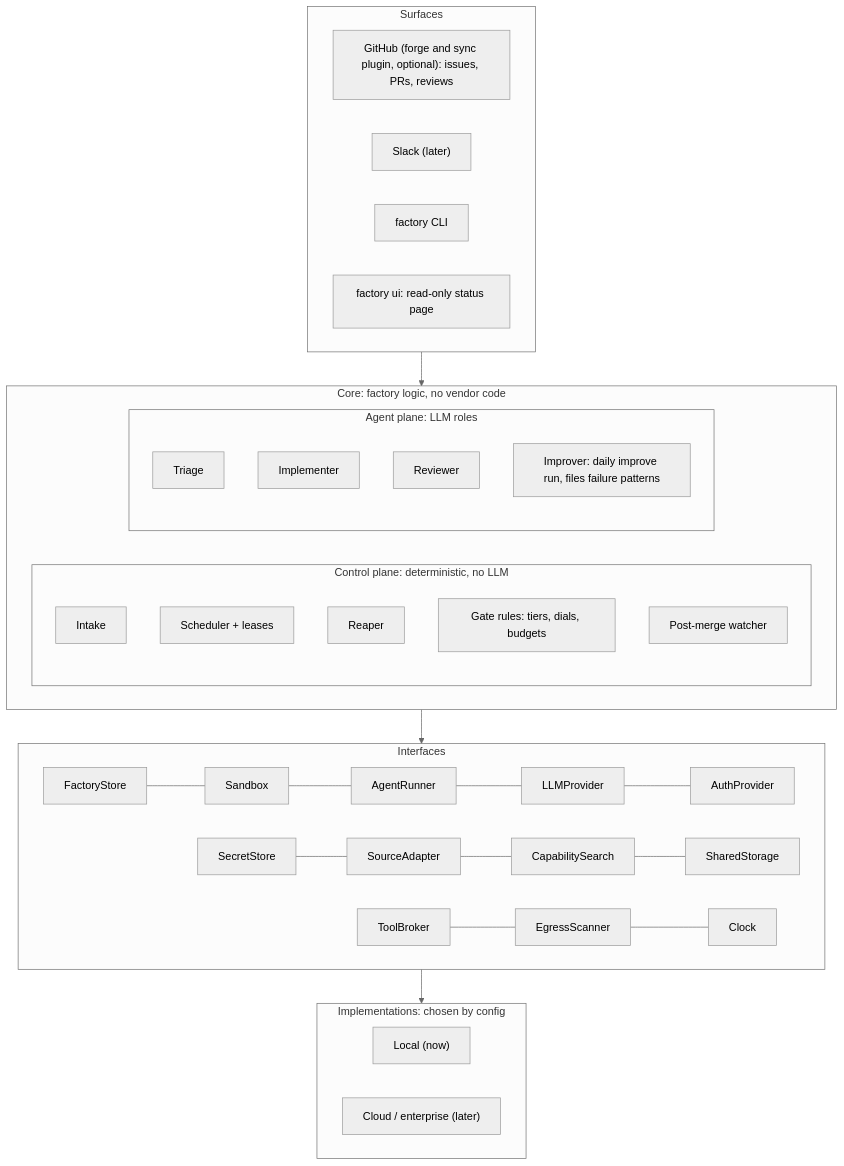
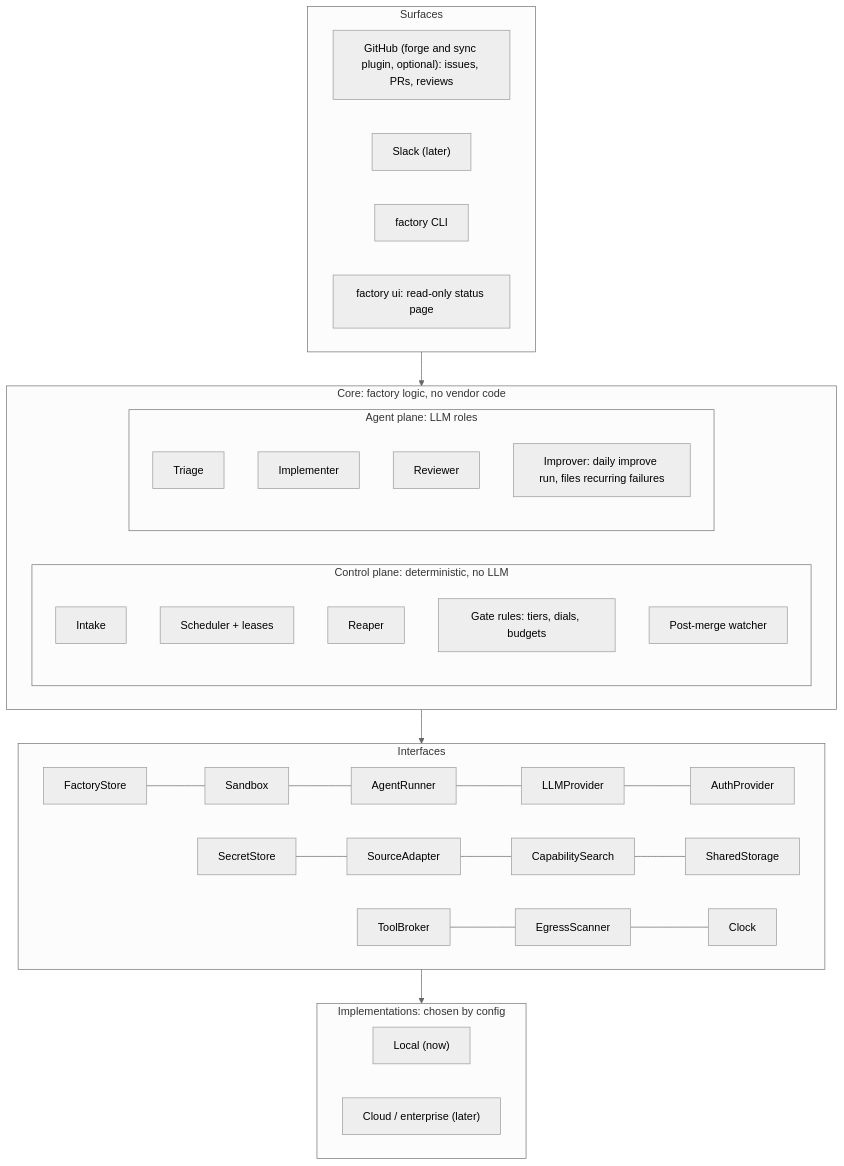
One commit to seonWKim/software-factory changed the first of 6 diagrams in docs/architecture.md. Above: the diagram before and after it, drawn with Mermaid (neutral theme).

Commit message:
Docs: keep the architecture box wording off the egress-scanner query

````diff
--- a/docs/architecture.md
+++ b/docs/architecture.md
@@ -15,44 +15,44 @@
 ```mermaid
 graph TB
   subgraph SURF["Surfaces"]
     direction LR
     GH["GitHub (forge and sync plugin, optional): issues, PRs, reviews"]
     SL["Slack (later)"]
     CLI["factory CLI"]
     UI["factory ui: read-only status page"]
   end
 
   subgraph CORE["Core: factory logic, no vendor code"]
     direction LR
     subgraph CP["Control plane: deterministic, no LLM"]
       direction TB
       IN["Intake"]
       MG["Scheduler + leases"]
       RP["Reaper"]
       GT["Gate rules: tiers, dials, budgets"]
       PM["Post-merge watcher"]
     end
     subgraph AP["Agent plane: LLM roles"]
       direction TB
       TR["Triage"]
       IM["Implementer"]
       RV["Reviewer"]
-      IMP["Improver: daily improve run, files failure patterns"]
+      IMP["Improver: daily improve run, files recurring failures"]
     end
   end
 
   subgraph IF["Interfaces"]
     direction LR
     I1["FactoryStore"] --- I2["Sandbox"] --- I3["AgentRunner"] --- I4["LLMProvider"] --- I5["AuthProvider"]
     I6["SecretStore"] --- I7["SourceAdapter"] --- I8["CapabilitySearch"] --- I9["SharedStorage"]
     I10["ToolBroker"] --- I11["EgressScanner"] --- I12["Clock"]
   end
 
   subgraph IMPL["Implementations: chosen by config"]
     direction LR
     LOC["Local (now)"]
     CLD["Cloud / enterprise (later)"]
   end
 
   SURF --> CORE --> IF --> IMPL
 ```
````
